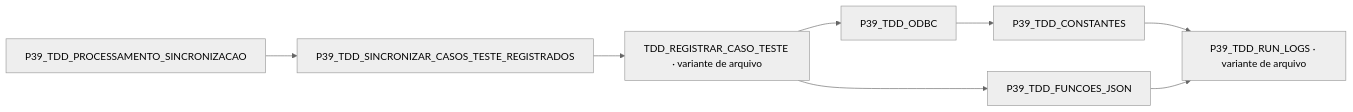
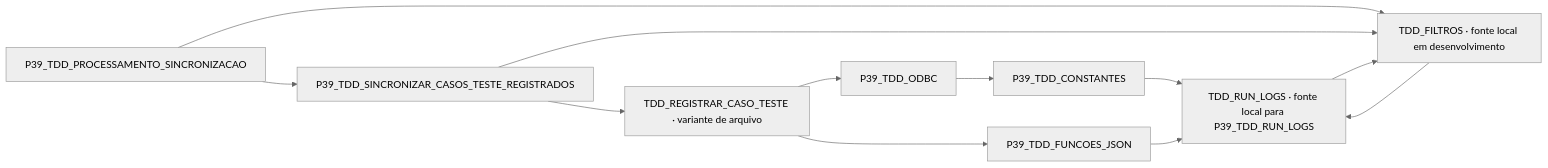
The diagram in docs/MAPEAMENTO_AST_USES_UNITS/p39-tdd-registrar-caso-teste/sincronizacao.md (ModulosTestesAutomatizados/TestesAutomatizadosERP), drawn with Mermaid (neutral theme) before and after one commit. The commit also changed 14 other files, not shown here.

Commit message:
docs(tdd): documentar filtros logs e sincronizacao

````diff
--- a/docs/MAPEAMENTO_AST_USES_UNITS/p39-tdd-registrar-caso-teste/sincronizacao.md
+++ b/docs/MAPEAMENTO_AST_USES_UNITS/p39-tdd-registrar-caso-teste/sincronizacao.md
@@ -3,17 +3,24 @@
 ```mermaid
 flowchart LR
   P39_TDD_CONSTANTES["P39_TDD_CONSTANTES"]
   P39_TDD_FUNCOES_JSON["P39_TDD_FUNCOES_JSON"]
   P39_TDD_ODBC["P39_TDD_ODBC"]
   P39_TDD_PROCESSAMENTO_SINCRONIZACAO["P39_TDD_PROCESSAMENTO_SINCRONIZACAO"]
-  P39_TDD_RUN_LOGS["P39_TDD_RUN_LOGS · variante de arquivo"]
+  TDD_RUN_LOGS["TDD_RUN_LOGS · fonte local para P39_TDD_RUN_LOGS"]
   P39_TDD_SINCRONIZAR_CASOS_TESTE_REGISTRADOS["P39_TDD_SINCRONIZAR_CASOS_TESTE_REGISTRADOS"]
+  TDD_FILTROS["TDD_FILTROS · fonte local em desenvolvimento"]
   TDD_REGISTRAR_CASO_TESTE["TDD_REGISTRAR_CASO_TESTE · variante de arquivo"]
-  P39_TDD_CONSTANTES --> P39_TDD_RUN_LOGS
-  P39_TDD_FUNCOES_JSON --> P39_TDD_RUN_LOGS
+  P39_TDD_CONSTANTES --> TDD_RUN_LOGS
+  P39_TDD_FUNCOES_JSON --> TDD_RUN_LOGS
   P39_TDD_ODBC --> P39_TDD_CONSTANTES
   P39_TDD_PROCESSAMENTO_SINCRONIZACAO --> P39_TDD_SINCRONIZAR_CASOS_TESTE_REGISTRADOS
+  P39_TDD_PROCESSAMENTO_SINCRONIZACAO --> TDD_FILTROS
+  TDD_FILTROS --> TDD_RUN_LOGS
   P39_TDD_SINCRONIZAR_CASOS_TESTE_REGISTRADOS --> TDD_REGISTRAR_CASO_TESTE
+
+  P39_TDD_SINCRONIZAR_CASOS_TESTE_REGISTRADOS --> TDD_FILTROS
+
+  TDD_RUN_LOGS --> TDD_FILTROS
   TDD_REGISTRAR_CASO_TESTE --> P39_TDD_FUNCOES_JSON
   TDD_REGISTRAR_CASO_TESTE --> P39_TDD_ODBC
 ```
````
